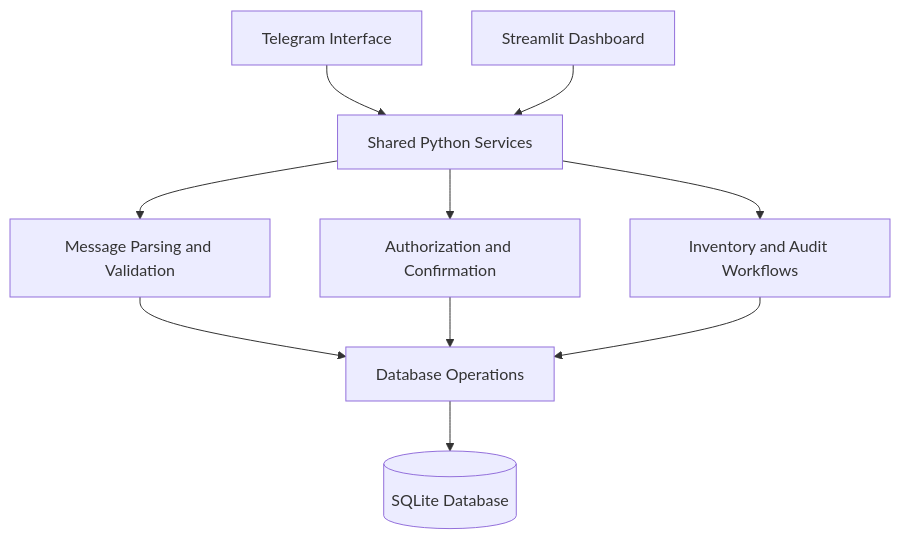
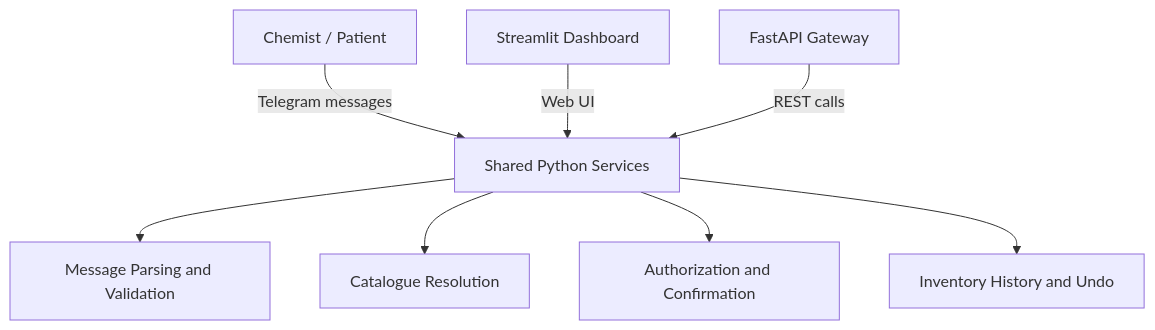
Before and after one commit to Shubhansh013/MediBridge: the second of 2 diagrams in README.md, drawn with Mermaid. The commit also changed other lines of this file and 2 other files, not shown here.

Commit message:
fix: make FastAPI web app the default local entry point

````diff
--- a/README.md
+++ b/README.md
@@ -95,12 +107,10 @@
 ```mermaid
 flowchart TB
-    A[Telegram Interface] --> D[Shared Python Services]
-    B[Streamlit Dashboard] --> D
+    A[Chemist / Patient] -->|Telegram messages| D[Shared Python Services]
+    B[Streamlit Dashboard] -->|Web UI| D
+    C[FastAPI Gateway] -->|REST calls| D
     D --> E[Message Parsing and Validation]
-    D --> F[Authorization and Confirmation]
-    D --> G[Inventory and Audit Workflows]
-    E --> H[Database Operations]
-    F --> H
-    G --> H
-    H --> I[(SQLite Database)]
+    D --> F[Catalogue Resolution]
+    D --> G[Authorization and Confirmation]
+    D --> H[Inventory History and Undo]
 ```
````
